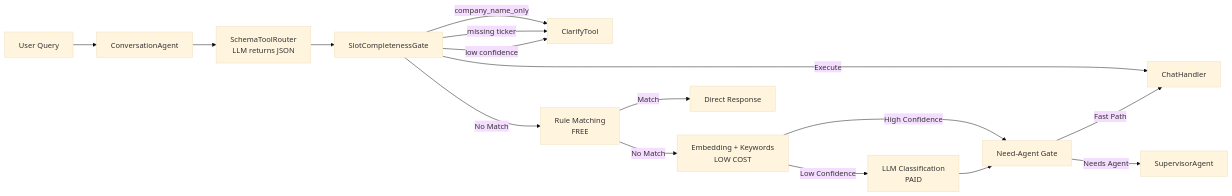
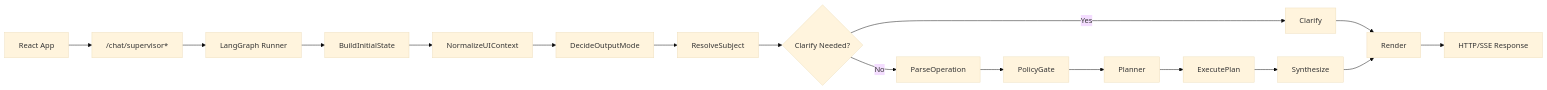
The first of 2 diagrams in readme.md (kkkano/FinSight), drawn with Mermaid (base theme) before and after one commit. The commit also changed other lines of this file and 53 other files, not shown here.

````diff
--- a/readme.md
+++ b/readme.md
@@ -245,18 +76,19 @@
 ```mermaid
 flowchart LR
-    Input[User Query] --> CA[ConversationAgent]
-    CA --> Schema[SchemaToolRouter<br/>LLM returns JSON]
-    Schema --> SlotGate[SlotCompletenessGate]
-    SlotGate -->|company_name_only| Clarify[ClarifyTool]
-    SlotGate -->|missing ticker| Clarify
-    SlotGate -->|low confidence| Clarify
-    SlotGate -->|Execute| Chat[ChatHandler]
-    SlotGate -->|No Match| Rule[Rule Matching<br/>FREE]
-    Rule -->|Match| Direct[Direct Response]
-    Rule -->|No Match| Embed[Embedding + Keywords<br/>LOW COST]
-    Embed -->|High Confidence| Gate[Need-Agent Gate]
-    Embed -->|Low Confidence| LLM[LLM Classification<br/>PAID]
-    LLM --> Gate
-    Gate -->|Fast Path| Chat
-    Gate -->|Needs Agent| Agent[SupervisorAgent]
+    FE[React App] --> API["/chat/supervisor*"]
+    API --> G[LangGraph Runner]
+    G --> N1[BuildInitialState]
+    N1 --> N2[NormalizeUIContext]
+    N2 --> N3[DecideOutputMode]
+    N3 --> N4[ResolveSubject]
+    N4 --> N5{Clarify Needed?}
+    N5 -->|Yes| C[Clarify]
+    N5 -->|No| N6[ParseOperation]
+    C --> RENDER[Render]
+    N6 --> N7[PolicyGate]
+    N7 --> N8[Planner]
+    N8 --> N9[ExecutePlan]
+    N9 --> N10[Synthesize]
+    N10 --> RENDER
+    RENDER --> RESP[HTTP/SSE Response]
 ```
````
